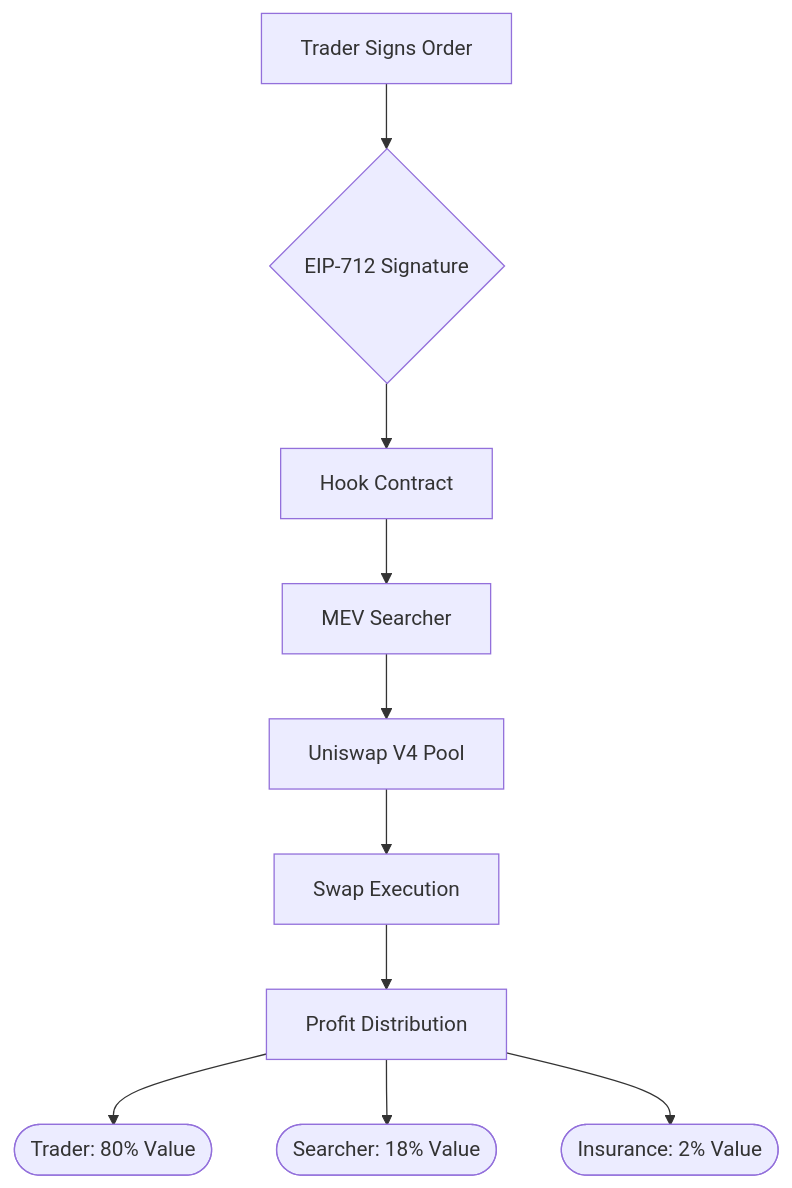
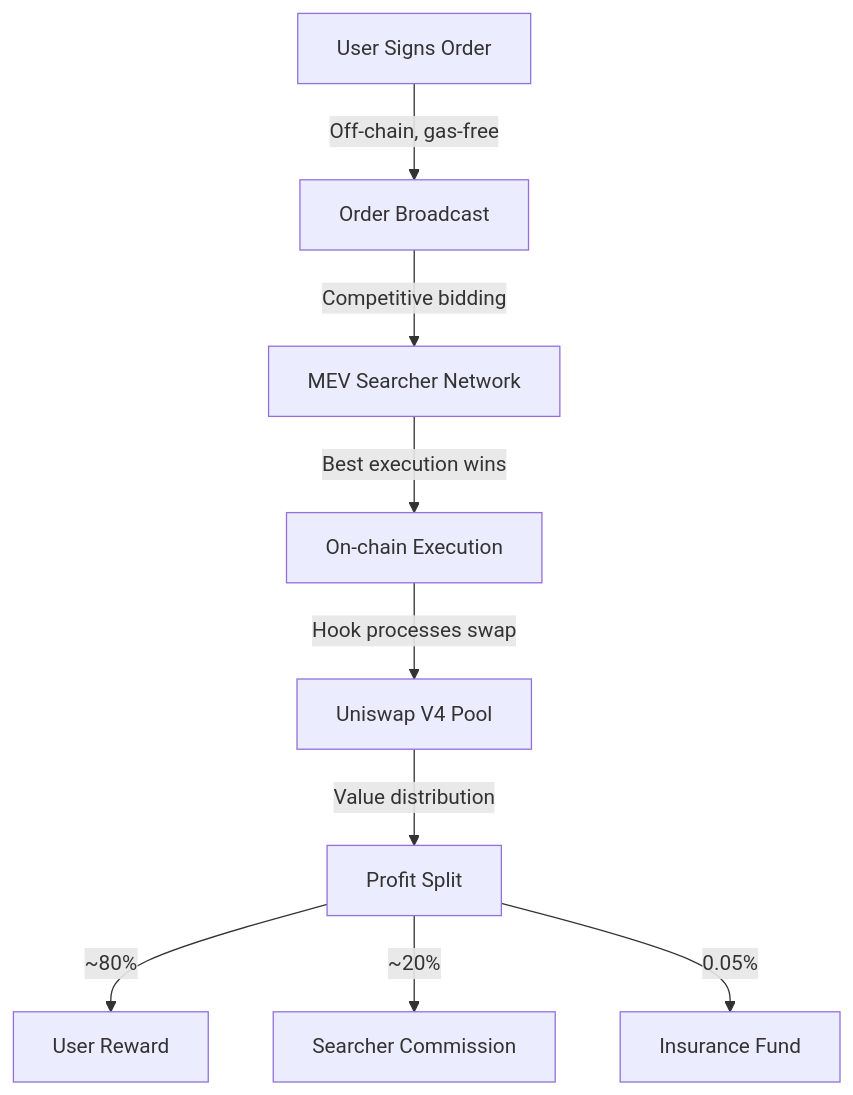
Before and after one commit to DexMini/Dex-Mini-Gasless-Hook: the diagram in README.md, drawn with Mermaid. The commit also changed other lines of this file, not shown here.

````diff
--- a/README.md
+++ b/README.md
@@ -21,12 +21,11 @@
 ```mermaid
-graph TD
-    A[Trader Signs Order] --> B{EIP-712 Signature}
-    B --> C[Hook Contract]
-    C --> D[MEV Searcher]
-    D --> E[Uniswap V4 Pool]
-    E --> F[Swap Execution]
-    F --> G[Profit Distribution]
-    G --> H([Trader: 80% Value])
-    G --> I([Searcher: 18% Value])
-    G --> J([Insurance: 2% Value])
+flowchart TD
+    A[User Signs Order] -->|Off-chain, gas-free| B[Order Broadcast]
+    B -->|Competitive bidding| C[MEV Searcher Network]
+    C -->|Best execution wins| D[On-chain Execution]
+    D -->|Hook processes swap| E[Uniswap V4 Pool]
+    E -->|Value distribution| F[Profit Split]
+    F -->|~80%| G[User Reward]
+    F -->|~20%| H[Searcher Commission]
+    F -->|0.05%| I[Insurance Fund]
 ```
````
